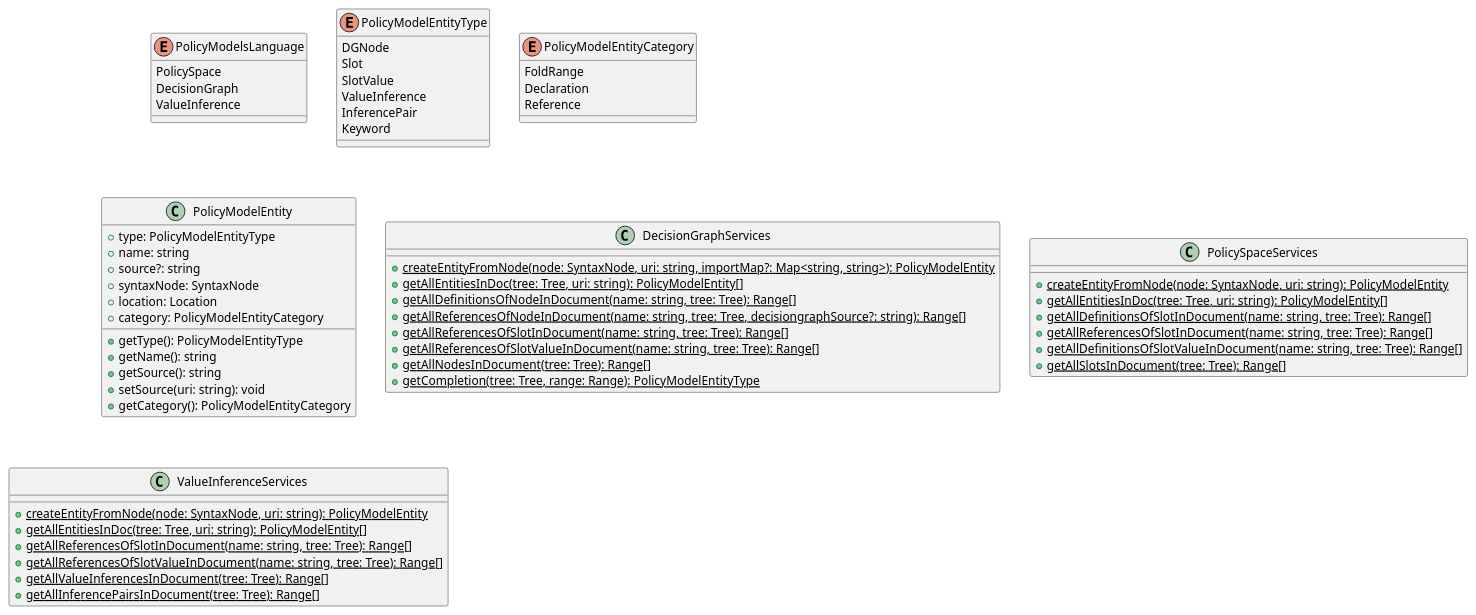
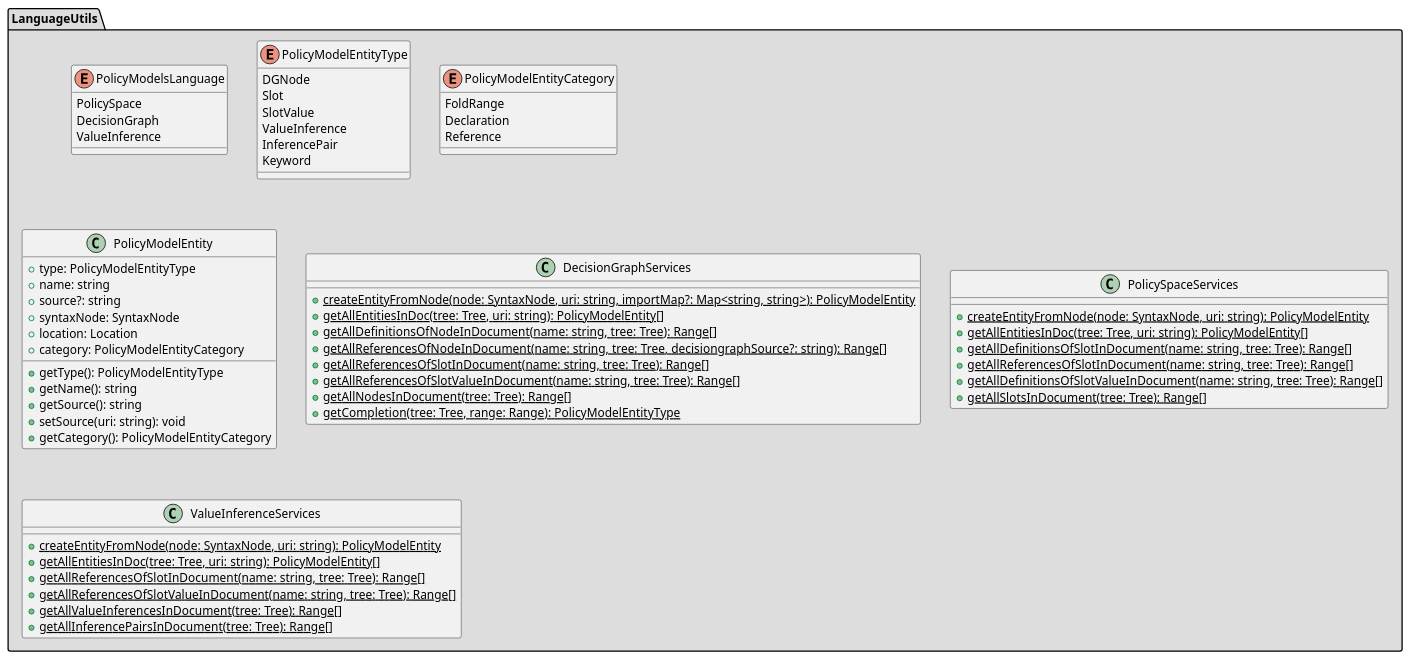
One commit to wolfj123/PolicyModelsPlugin changed the diagram in plugin/diagrams/server/LanguageUtils.puml. Above: the diagram before and after it, drawn with PlantUML. The commit also changed 2 other files, not shown here.

```diff
--- a/plugin/diagrams/server/LanguageUtils.puml
+++ b/plugin/diagrams/server/LanguageUtils.puml
@@ -1,66 +1,66 @@
 @startuml
 
 'skinparam style strictuml
 'top to bottom direction
 
-enum PolicyModelsLanguage {
-    PolicySpace
-    DecisionGraph
-    ValueInference
-}
-enum PolicyModelEntityType {
-    DGNode
-    Slot
-    SlotValue
-    ValueInference
-    InferencePair
-    Keyword
-}
-enum PolicyModelEntityCategory {
-    FoldRange
-    Declaration
-    Reference
-}
-class PolicyModelEntity {
-    +type: PolicyModelEntityType
-    +name: string
-    +source?: string
-    +syntaxNode: SyntaxNode
-    +location: Location
-    +category: PolicyModelEntityCategory
-    +getType(): PolicyModelEntityType
-    +getName(): string
-    +getSource(): string
-    +setSource(uri: string): void
-    +getCategory(): PolicyModelEntityCategory
-}
-class DecisionGraphServices {
-    +{static} createEntityFromNode(node: SyntaxNode, uri: string, importMap?: Map<string, string>): PolicyModelEntity
-    +{static} getAllEntitiesInDoc(tree: Tree, uri: string): PolicyModelEntity[]
-    +{static} getAllDefinitionsOfNodeInDocument(name: string, tree: Tree): Range[]
-    +{static} getAllReferencesOfNodeInDocument(name: string, tree: Tree, decisiongraphSource?: string): Range[]
-    +{static} getAllReferencesOfSlotInDocument(name: string, tree: Tree): Range[]
-    +{static} getAllReferencesOfSlotValueInDocument(name: string, tree: Tree): Range[]
-    +{static} getAllNodesInDocument(tree: Tree): Range[]
-    +{static} getCompletion(tree: Tree, range: Range): PolicyModelEntityType
-}
-class PolicySpaceServices {
-    +{static} createEntityFromNode(node: SyntaxNode, uri: string): PolicyModelEntity
-    +{static} getAllEntitiesInDoc(tree: Tree, uri: string): PolicyModelEntity[]
-    +{static} getAllDefinitionsOfSlotInDocument(name: string, tree: Tree): Range[]
-    +{static} getAllReferencesOfSlotInDocument(name: string, tree: Tree): Range[]
-    +{static} getAllDefinitionsOfSlotValueInDocument(name: string, tree: Tree): Range[]
-    +{static} getAllSlotsInDocument(tree: Tree): Range[]
-}
-class ValueInferenceServices {
-    +{static} createEntityFromNode(node: SyntaxNode, uri: string): PolicyModelEntity
-    +{static} getAllEntitiesInDoc(tree: Tree, uri: string): PolicyModelEntity[]
-    +{static} getAllReferencesOfSlotInDocument(name: string, tree: Tree): Range[]
-    +{static} getAllReferencesOfSlotValueInDocument(name: string, tree: Tree): Range[]
-    +{static} getAllValueInferencesInDocument(tree: Tree): Range[]
-    +{static} getAllInferencePairsInDocument(tree: Tree): Range[]
+package LanguageUtils #DDDDDD {
+    enum PolicyModelsLanguage {
+        PolicySpace
+        DecisionGraph
+        ValueInference
+    }
+    enum PolicyModelEntityType {
+        DGNode
+        Slot
+        SlotValue
+        ValueInference
+        InferencePair
+        Keyword
+    }
+    enum PolicyModelEntityCategory {
+        FoldRange
+        Declaration
+        Reference
+    }
+    class PolicyModelEntity {
+        +type: PolicyModelEntityType
+        +name: string
+        +source?: string
+        +syntaxNode: SyntaxNode
+        +location: Location
+        +category: PolicyModelEntityCategory
+        +getType(): PolicyModelEntityType
+        +getName(): string
+        +getSource(): string
+        +setSource(uri: string): void
+        +getCategory(): PolicyModelEntityCategory
+    }
+    class DecisionGraphServices {
+        +{static} createEntityFromNode(node: SyntaxNode, uri: string, importMap?: Map<string, string>): PolicyModelEntity
+        +{static} getAllEntitiesInDoc(tree: Tree, uri: string): PolicyModelEntity[]
+        +{static} getAllDefinitionsOfNodeInDocument(name: string, tree: Tree): Range[]
+        +{static} getAllReferencesOfNodeInDocument(name: string, tree: Tree, decisiongraphSource?: string): Range[]
+        +{static} getAllReferencesOfSlotInDocument(name: string, tree: Tree): Range[]
+        +{static} getAllReferencesOfSlotValueInDocument(name: string, tree: Tree): Range[]
+        +{static} getAllNodesInDocument(tree: Tree): Range[]
+        +{static} getCompletion(tree: Tree, range: Range): PolicyModelEntityType
+    }
+    class PolicySpaceServices {
+        +{static} createEntityFromNode(node: SyntaxNode, uri: string): PolicyModelEntity
+        +{static} getAllEntitiesInDoc(tree: Tree, uri: string): PolicyModelEntity[]
+        +{static} getAllDefinitionsOfSlotInDocument(name: string, tree: Tree): Range[]
+        +{static} getAllReferencesOfSlotInDocument(name: string, tree: Tree): Range[]
+        +{static} getAllDefinitionsOfSlotValueInDocument(name: string, tree: Tree): Range[]
+        +{static} getAllSlotsInDocument(tree: Tree): Range[]
+    }
+    class ValueInferenceServices {
+        +{static} createEntityFromNode(node: SyntaxNode, uri: string): PolicyModelEntity
+        +{static} getAllEntitiesInDoc(tree: Tree, uri: string): PolicyModelEntity[]
+        +{static} getAllReferencesOfSlotInDocument(name: string, tree: Tree): Range[]
+        +{static} getAllReferencesOfSlotValueInDocument(name: string, tree: Tree): Range[]
+        +{static} getAllValueInferencesInDocument(tree: Tree): Range[]
+        +{static} getAllInferencePairsInDocument(tree: Tree): Range[]
+    }
 }
 
-
-
 @enduml
```
